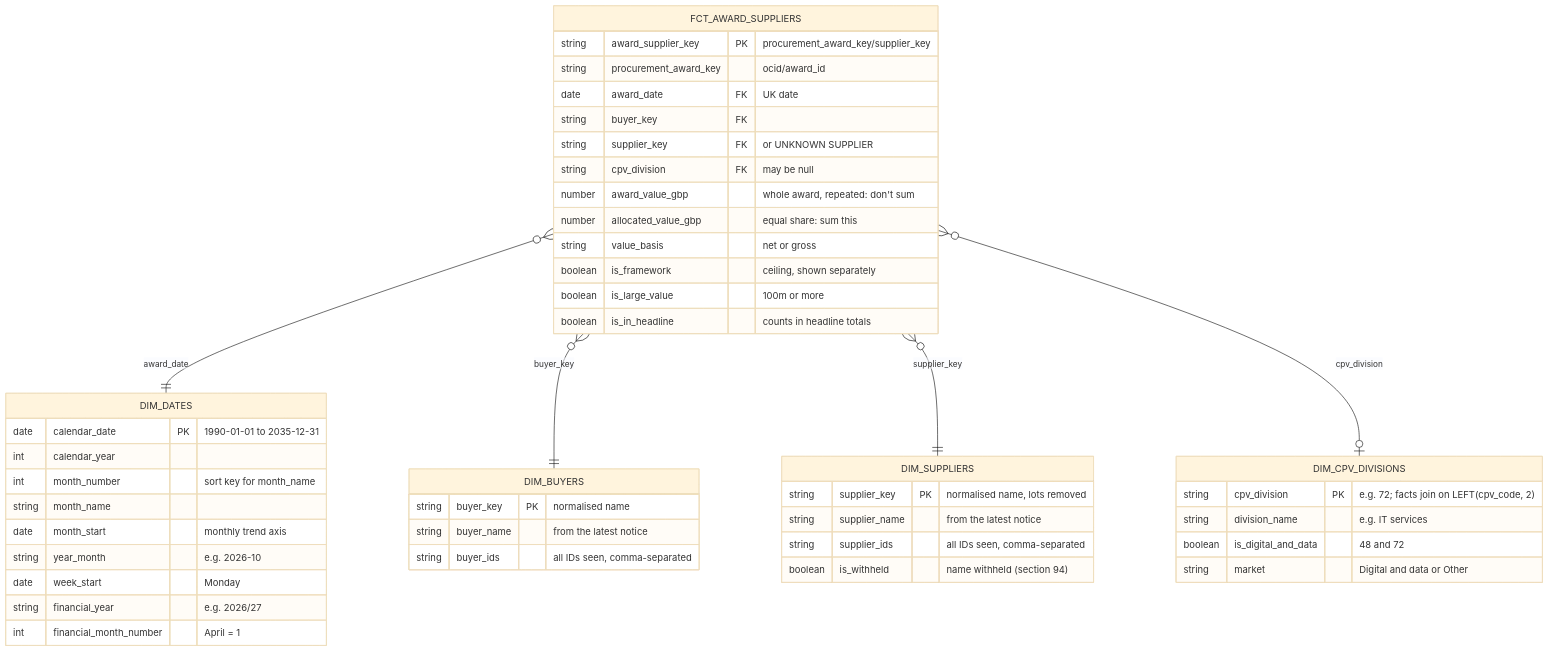
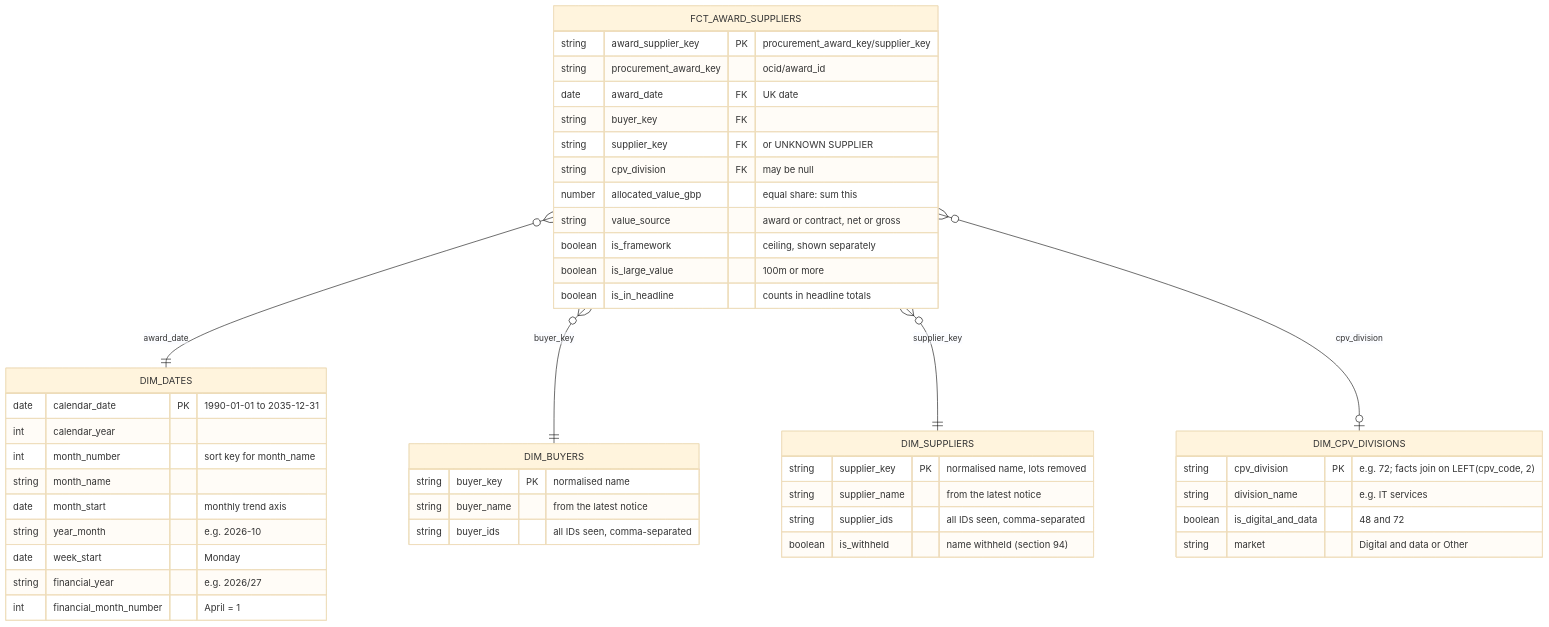
One commit to jacekjastrzebski/uk-tenders-dbt-snowflake changed the diagram in docs/diagrams/marts-erd.md. Above: the diagram before and after it, drawn with Mermaid (base theme). The commit also changed other lines of this file and 6 other files, not shown here.

````diff
--- a/docs/diagrams/marts-erd.md
+++ b/docs/diagrams/marts-erd.md
@@ -5,50 +5,49 @@
 ```mermaid
 erDiagram
     FCT_AWARD_SUPPLIERS }o--|| DIM_DATES : "award_date"
     FCT_AWARD_SUPPLIERS }o--|| DIM_BUYERS : "buyer_key"
     FCT_AWARD_SUPPLIERS }o--|| DIM_SUPPLIERS : "supplier_key"
     FCT_AWARD_SUPPLIERS }o--o| DIM_CPV_DIVISIONS : "cpv_division"
 
     FCT_AWARD_SUPPLIERS {
         string award_supplier_key PK "procurement_award_key/supplier_key"
         string procurement_award_key "ocid/award_id"
         date award_date FK "UK date"
         string buyer_key FK
         string supplier_key FK "or UNKNOWN SUPPLIER"
         string cpv_division FK "may be null"
-        number award_value_gbp "whole award, repeated: don't sum"
         number allocated_value_gbp "equal share: sum this"
-        string value_basis "net or gross"
+        string value_source "award or contract, net or gross"
         boolean is_framework "ceiling, shown separately"
         boolean is_large_value "100m or more"
         boolean is_in_headline "counts in headline totals"
     }
     DIM_DATES {
         date calendar_date PK "1990-01-01 to 2035-12-31"
         int calendar_year
         int month_number "sort key for month_name"
         string month_name
         date month_start "monthly trend axis"
         string year_month "e.g. 2026-10"
         date week_start "Monday"
         string financial_year "e.g. 2026/27"
         int financial_month_number "April = 1"
     }
     DIM_CPV_DIVISIONS {
         string cpv_division PK "e.g. 72; facts join on LEFT(cpv_code, 2)"
         string division_name "e.g. IT services"
         boolean is_digital_and_data "48 and 72"
         string market "Digital and data or Other"
     }
     DIM_BUYERS {
         string buyer_key PK "normalised name"
         string buyer_name "from the latest notice"
         string buyer_ids "all IDs seen, comma-separated"
     }
     DIM_SUPPLIERS {
         string supplier_key PK "normalised name, lots removed"
         string supplier_name "from the latest notice"
         string supplier_ids "all IDs seen, comma-separated"
         boolean is_withheld "name withheld (section 94)"
     }
 ```
````
